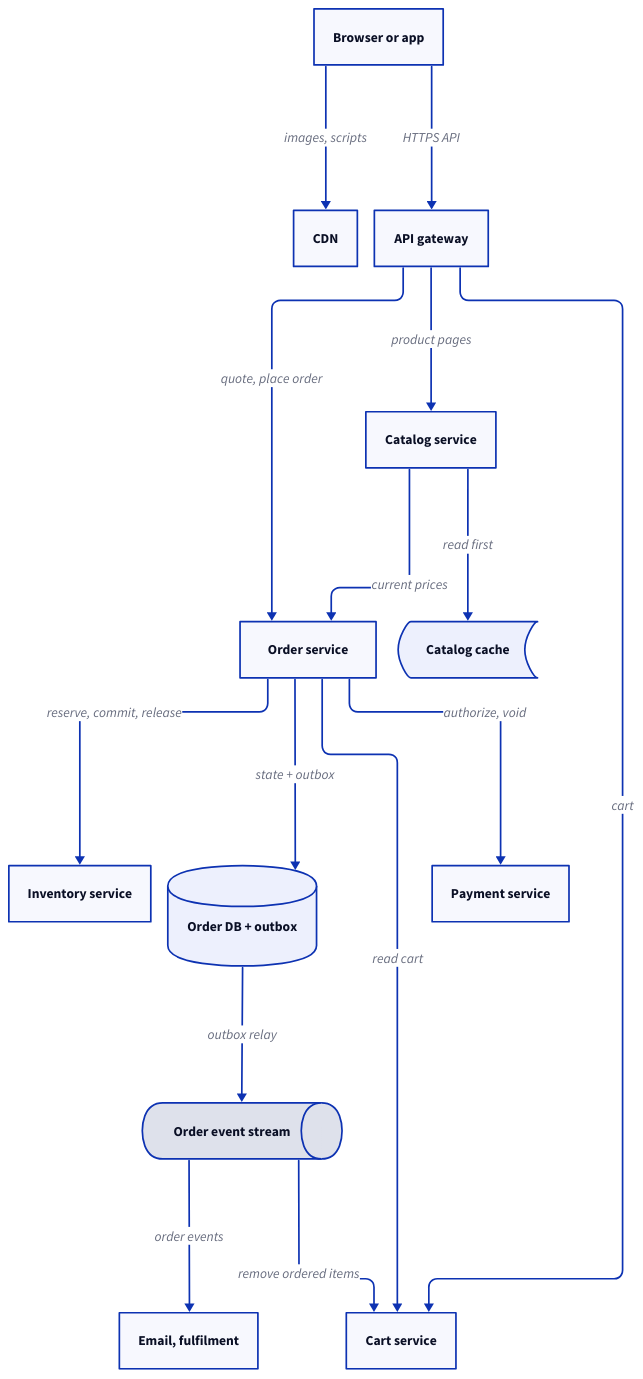
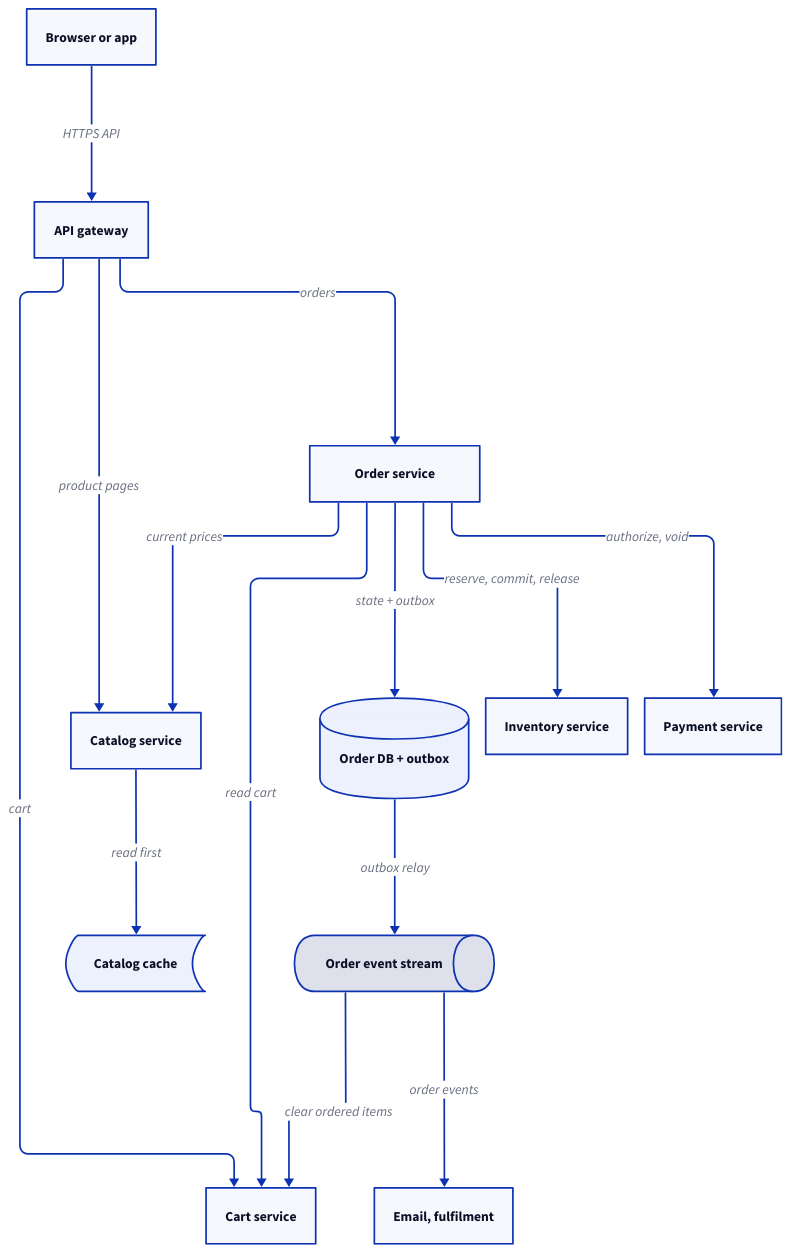
One commit to enbattle/til changed the diagram in src/system-design/diagrams/ecommerce-checkout/architecture.d2. Above: the diagram before and after it, drawn with D2. The commit also changed 29 other files, not shown here.

```diff
--- a/src/system-design/diagrams/ecommerce-checkout/architecture.d2
+++ b/src/system-design/diagrams/ecommerce-checkout/architecture.d2
@@ -1,39 +1,37 @@
 # High-level architecture of the e-commerce checkout: catalog reads from a
 # cache, carts in their own store, and the order service orchestrating
 # inventory and payment, with order events published through an outbox.
 direction: down
 vars: { d2-config: { layout-engine: elk } }
 
 client: Browser or app
-cdn: CDN
 gw: API gateway
 catalog: Catalog service
 ccache: Catalog cache {
   shape: stored_data
 }
 cart: Cart service
 order: Order service
 orderdb: Order DB + outbox {
   shape: cylinder
 }
 inv: Inventory service
 pay: Payment service
 events: Order event stream {
   shape: queue
 }
 consumers: "Email, fulfilment"
 
-client -> cdn: "images, scripts"
 client -> gw: "HTTPS API"
 gw -> catalog: "product pages"
 gw -> cart: "cart"
-gw -> order: "quote, place order"
+gw -> order: "orders"
 catalog -> ccache: "read first"
 order -> cart: "read cart"
-catalog -> order: "current prices"
+order -> catalog: "current prices"
 order -> orderdb: "state + outbox"
 order -> inv: "reserve, commit, release"
 order -> pay: "authorize, void"
 orderdb -> events: "outbox relay"
-events -> cart: "remove ordered items"
+events -> cart: "clear ordered items"
 events -> consumers: "order events"
```
